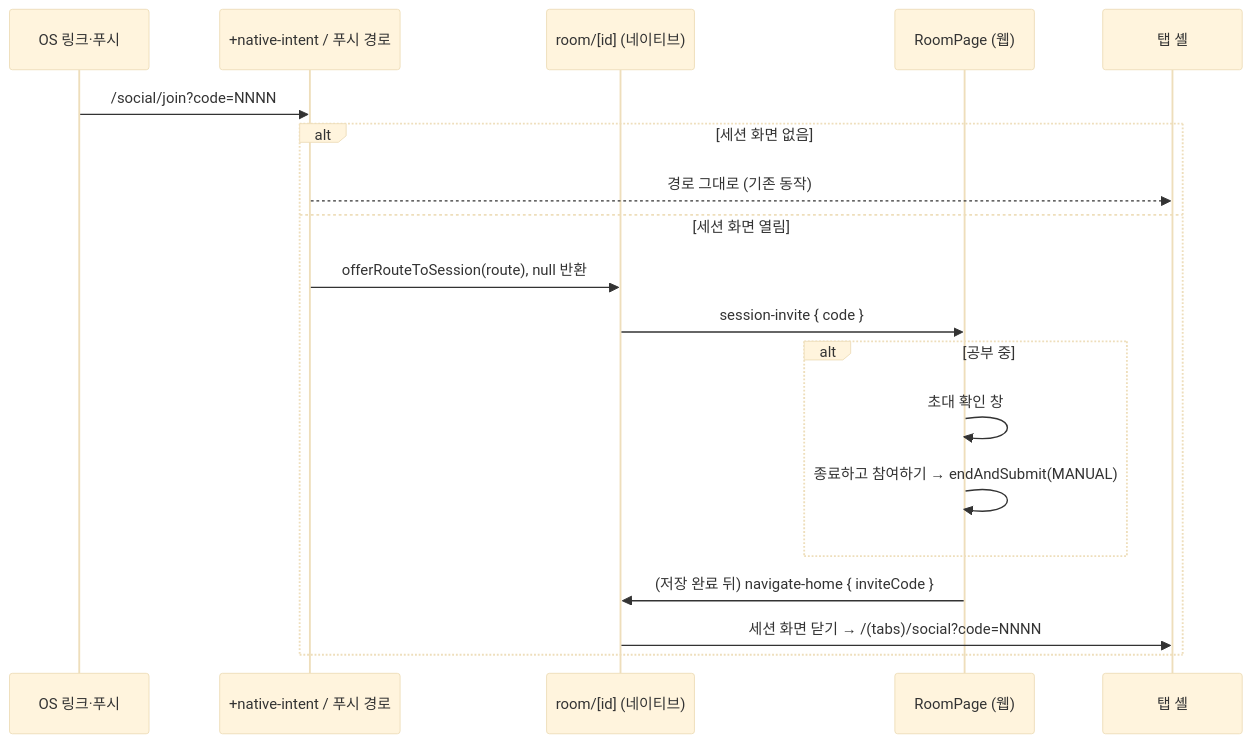
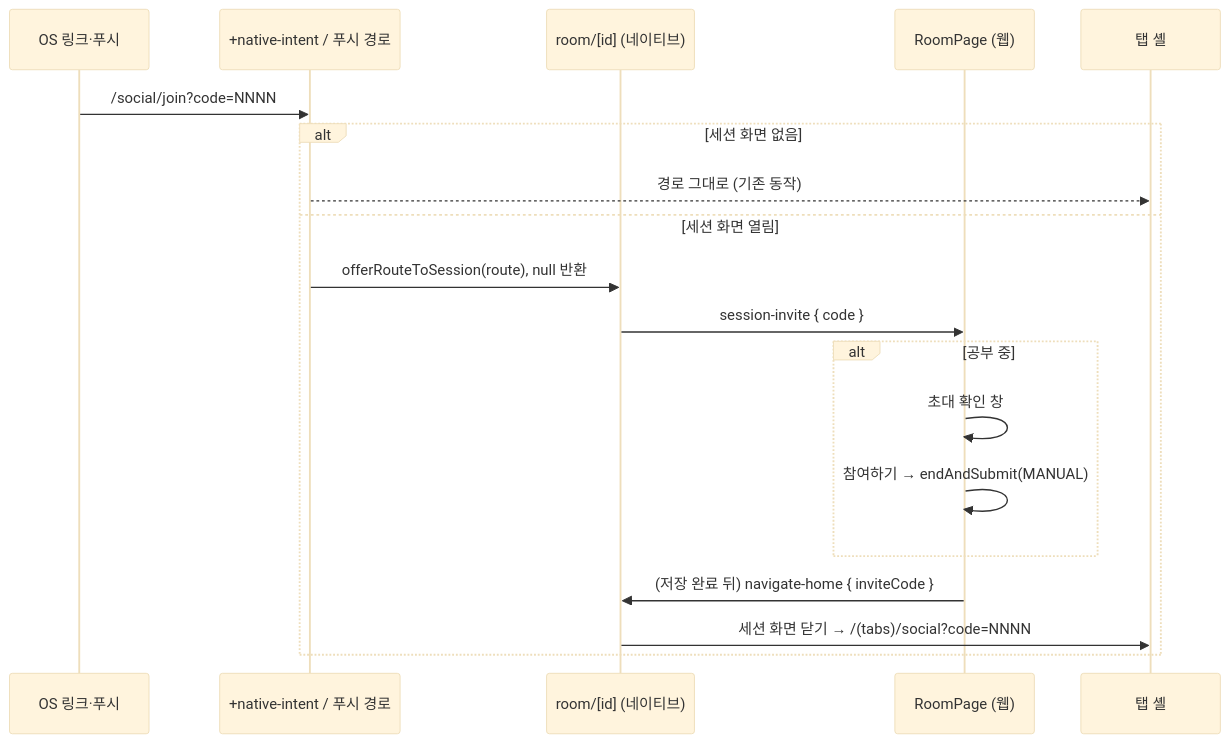
One commit to breathless-youth/frontend changed the diagram in docs/superpowers/specs/2026-10-03-BY-854-invite-link-during-session-design.md. Above: the diagram before and after it, drawn with Mermaid (base theme). The commit also changed other lines of this file, not shown here.

````diff
--- a/docs/superpowers/specs/2026-10-03-BY-854-invite-link-during-session-design.md
+++ b/docs/superpowers/specs/2026-10-03-BY-854-invite-link-during-session-design.md
@@ -20,22 +20,22 @@
 ```mermaid
 sequenceDiagram
     participant OS as OS 링크·푸시
     participant NI as +native-intent / 푸시 경로
     participant Room as room/[id] (네이티브)
     participant Web as RoomPage (웹)
     participant Shell as 탭 셸
 
     OS->>NI: /social/join?code=NNNN
     alt 세션 화면 없음
         NI-->>Shell: 경로 그대로 (기존 동작)
     else 세션 화면 열림
         NI->>Room: offerRouteToSession(route), null 반환
         Room->>Web: session-invite { code }
         alt 공부 중
             Web->>Web: 초대 확인 창
-            Web->>Web: 종료하고 참여하기 → endAndSubmit(MANUAL)
+            Web->>Web: 참여하기 → endAndSubmit(MANUAL)
         end
         Web->>Room: (저장 완료 뒤) navigate-home { inviteCode }
         Room->>Shell: 세션 화면 닫기 → /(tabs)/social?code=NNNN
     end
 ```
````
